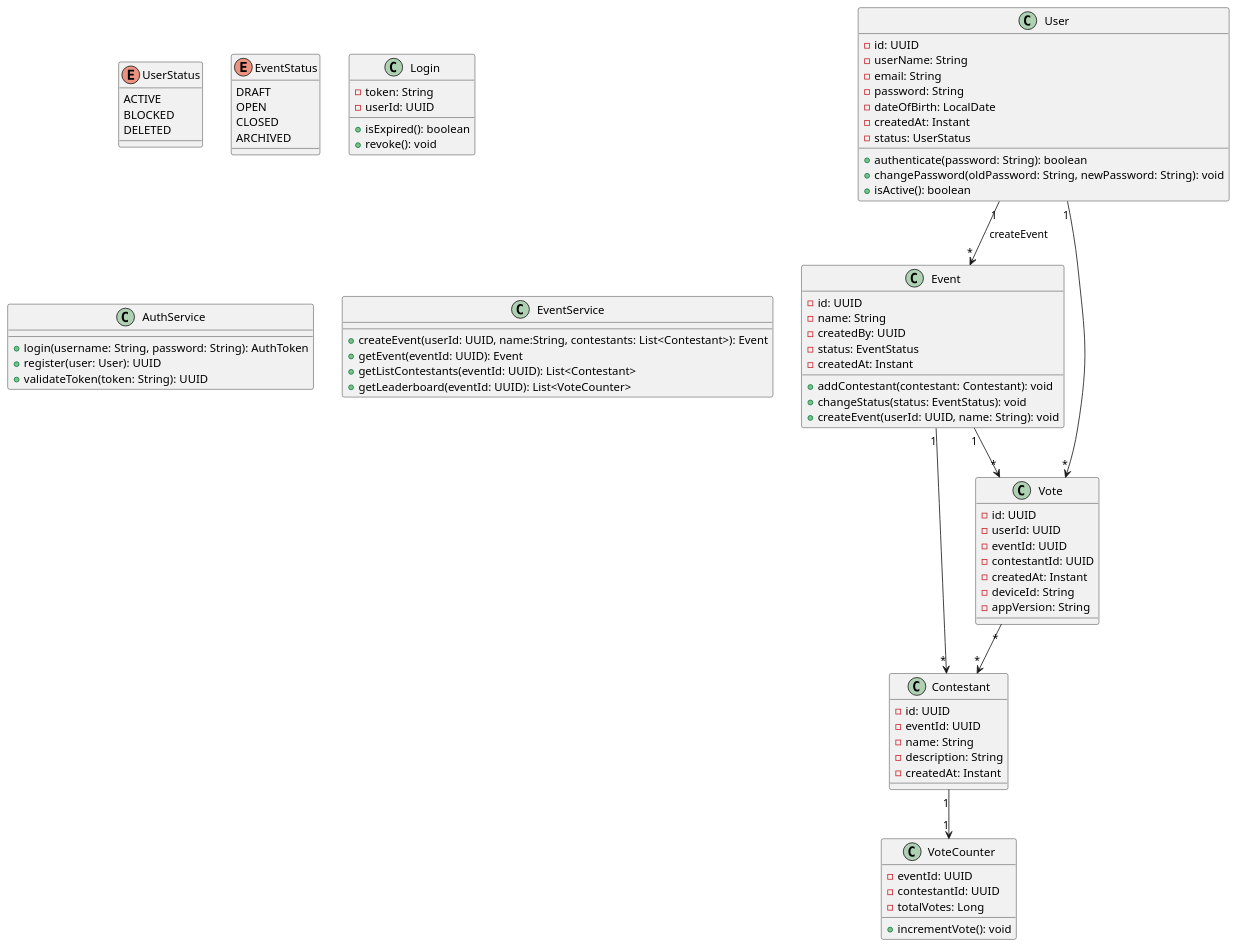
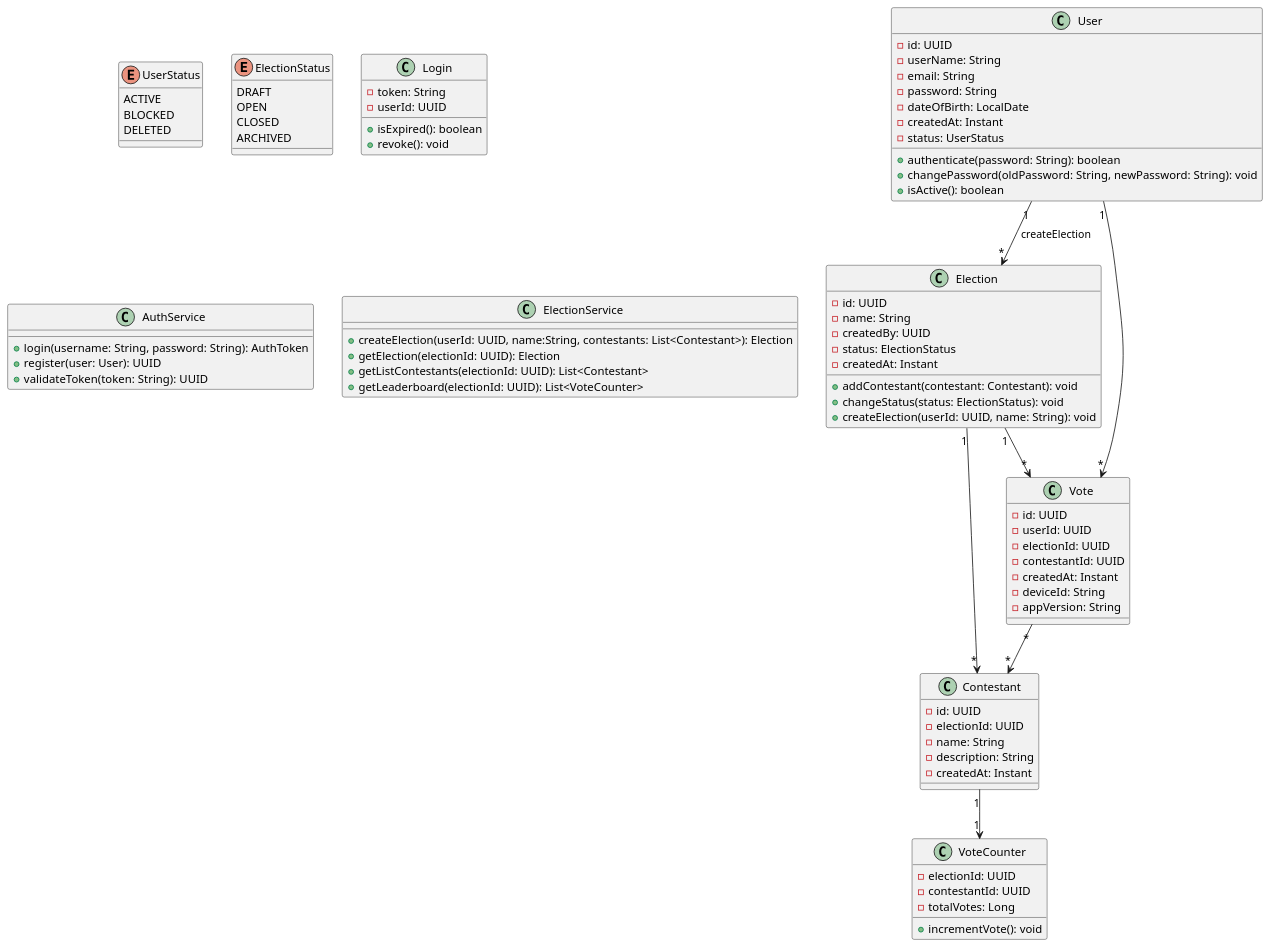
The diagram in README.md (andreixmartins/arch-kata2), drawn with PlantUML before and after one commit. The commit also changed other lines of this file and 1 other file, not shown here.

Commit message:
Ffucks - updated README and class diagram image

```diff
--- a/README.md
+++ b/README.md
@@ -1593,7 +1594,7 @@
 DELETED
 }
 
-enum EventStatus {
+enum ElectionStatus {
 DRAFT
 OPEN
 CLOSED
@@ -1618,22 +1619,22 @@
 + isActive(): boolean
   }
 
-class Event {
+class Election {
 - id: UUID
 - name: String
 - createdBy: UUID
-- status: EventStatus
+- status: ElectionStatus
 - createdAt: Instant
 
 + addContestant(contestant: Contestant): void
-+ changeStatus(status: EventStatus): void
-+ createEvent(userId: UUID, name: String): void
++ changeStatus(status: ElectionStatus): void
++ createElection(userId: UUID, name: String): void
   }
 
 class Vote {
 - id: UUID
 - userId: UUID
-- eventId: UUID
+- electionId: UUID
 - contestantId: UUID
 - createdAt: Instant
 - deviceId: String
@@ -1642,14 +1643,14 @@
 
 class Contestant {
 - id: UUID
-- eventId: UUID
+- electionId: UUID
 - name: String
 - description: String
 - createdAt: Instant
   }
 
 class VoteCounter {
-- eventId: UUID
+- electionId: UUID
 - contestantId: UUID
 - totalVotes: Long
 
@@ -1674,11 +1675,11 @@
 + validateToken(token: String): UUID
   }
 
-class EventService {
-+ createEvent(userId: UUID, name:String, contestants: List<Contestant>): Event
-+ getEvent(eventId: UUID): Event
-+ getListContestants(eventId: UUID): List<Contestant>
-+ getLeaderboard(eventId: UUID): List<VoteCounter>
+class ElectionService {
++ createElection(userId: UUID, name:String, contestants: List<Contestant>): Election
++ getElection(electionId: UUID): Election
++ getListContestants(electionId: UUID): List<Contestant>
++ getLeaderboard(electionId: UUID): List<VoteCounter>
   }
 
 
@@ -1687,10 +1688,12 @@
 ' =========================
 
 User "1" --> "*" Vote
-User "1" --> "*" Event : createEvent
-Event "1" --> "*" Vote
-Event "1" --> "*" Contestant
+User "1" --> "*" Election : createElection
+Election "1" --> "*" Vote
+Election "1" --> "*" Contestant
 Vote "*" --> "*" Contestant
 Contestant "1" --> "1" VoteCounter
 
+
+
 @enduml
```
